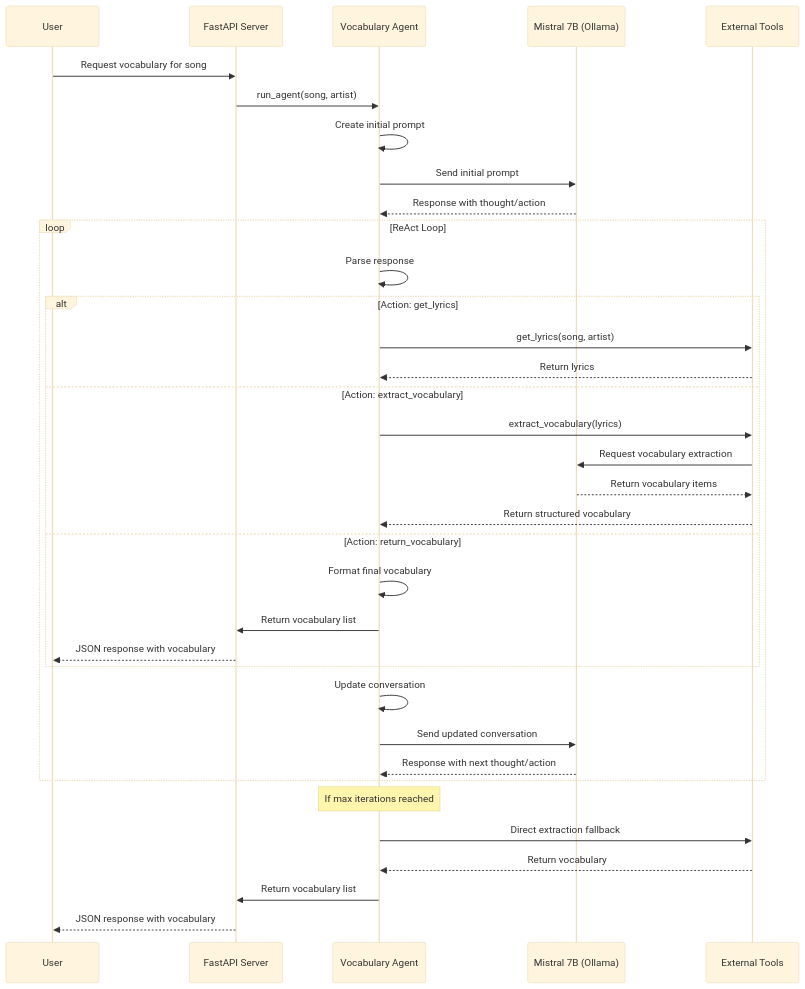
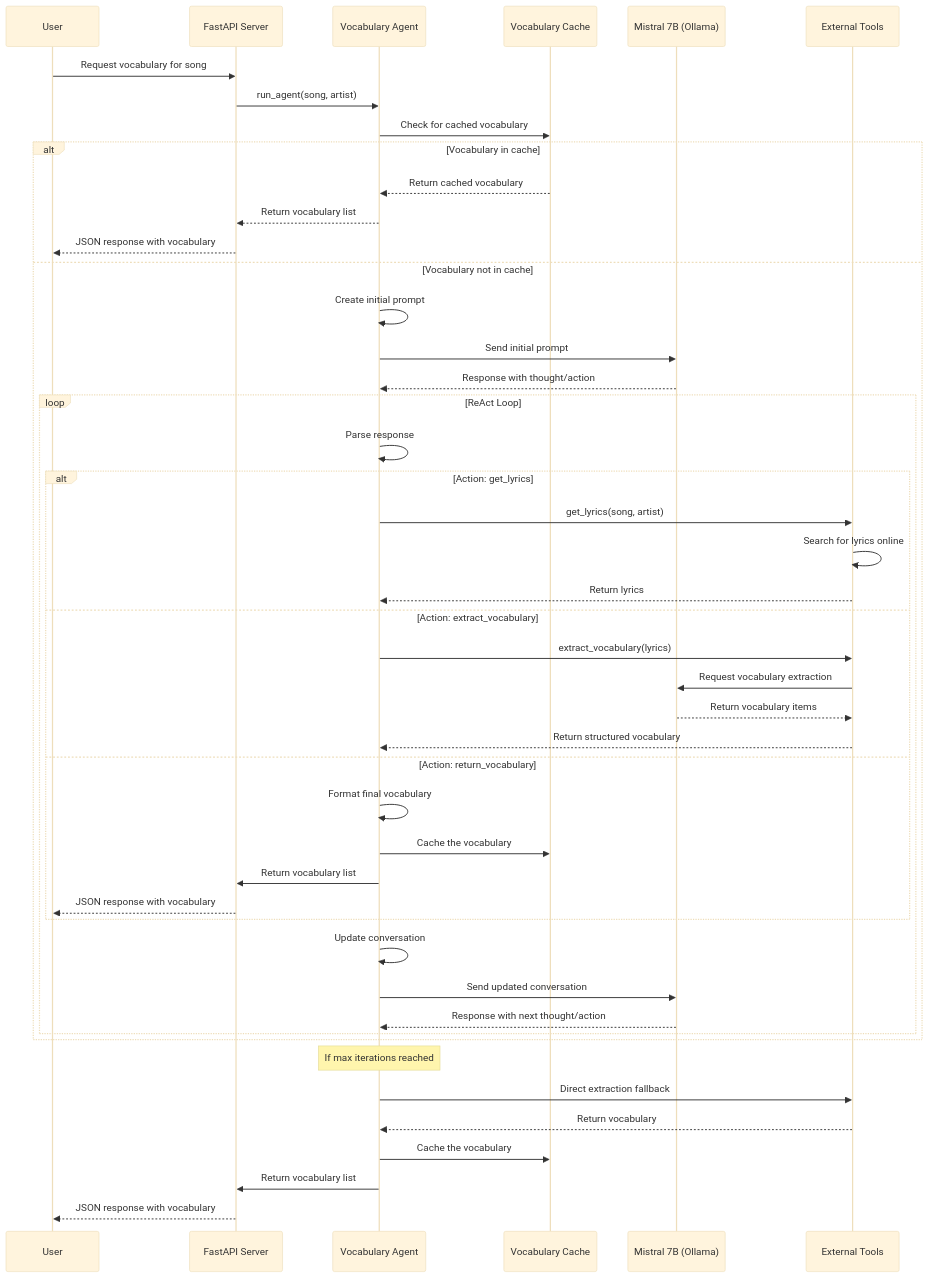
One commit to jbisetto/free-genai-bootcamp-2025 changed the diagram in song-vocabulary/docs/mistral/architecture.md. Above: the diagram before and after it, drawn with Mermaid (base theme). The commit also changed other lines of this file and 25 other files, not shown here.

````diff
--- a/song-vocabulary/docs/mistral/architecture.md
+++ b/song-vocabulary/docs/mistral/architecture.md
@@ -98,43 +124,55 @@
 ```mermaid
 sequenceDiagram
     participant User
     participant FastAPI as FastAPI Server
     participant Agent as Vocabulary Agent
+    participant VocabCache as Vocabulary Cache
     participant Ollama as Mistral 7B (Ollama)
     participant Tools as External Tools
     
     User->>FastAPI: Request vocabulary for song
     FastAPI->>Agent: run_agent(song, artist)
     
-    Agent->>Agent: Create initial prompt
-    Agent->>Ollama: Send initial prompt
-    Ollama-->>Agent: Response with thought/action
+    Agent->>VocabCache: Check for cached vocabulary
     
-    loop ReAct Loop
-        Agent->>Agent: Parse response
+    alt Vocabulary in cache
+        VocabCache-->>Agent: Return cached vocabulary
+        Agent-->>FastAPI: Return vocabulary list
+        FastAPI-->>User: JSON response with vocabulary
+    else Vocabulary not in cache
+        Agent->>Agent: Create initial prompt
+        Agent->>Ollama: Send initial prompt
+        Ollama-->>Agent: Response with thought/action
         
-        alt Action: get_lyrics
-            Agent->>Tools: get_lyrics(song, artist)
-            Tools-->>Agent: Return lyrics
-        else Action: extract_vocabulary
-            Agent->>Tools: extract_vocabulary(lyrics)
-            Tools->>Ollama: Request vocabulary extraction
-            Ollama-->>Tools: Return vocabulary items
-            Tools-->>Agent: Return structured vocabulary
-        else Action: return_vocabulary
-            Agent->>Agent: Format final vocabulary
-            Agent->>FastAPI: Return vocabulary list
-            FastAPI-->>User: JSON response with vocabulary
+        loop ReAct Loop
+            Agent->>Agent: Parse response
+            
+            alt Action: get_lyrics
+                Agent->>Tools: get_lyrics(song, artist)
+                Tools->>Tools: Search for lyrics online
+                Tools-->>Agent: Return lyrics
+            else Action: extract_vocabulary
+                Agent->>Tools: extract_vocabulary(lyrics)
+                Tools->>Ollama: Request vocabulary extraction
+                Ollama-->>Tools: Return vocabulary items
+                Tools-->>Agent: Return structured vocabulary
+            else Action: return_vocabulary
+                Agent->>Agent: Format final vocabulary
+                Agent->>VocabCache: Cache the vocabulary
+                Agent->>FastAPI: Return vocabulary list
+                FastAPI-->>User: JSON response with vocabulary
+            end
+            
+            Agent->>Agent: Update conversation
+            Agent->>Ollama: Send updated conversation
+            Ollama-->>Agent: Response with next thought/action
         end
-        
-        Agent->>Agent: Update conversation
-        Agent->>Ollama: Send updated conversation
-        Ollama-->>Agent: Response with next thought/action
     end
     
     Note over Agent: If max iterations reached
     Agent->>Tools: Direct extraction fallback
     Tools-->>Agent: Return vocabulary
+    Agent->>VocabCache: Cache the vocabulary
     Agent->>FastAPI: Return vocabulary list
     FastAPI-->>User: JSON response with vocabulary
 ```
````
